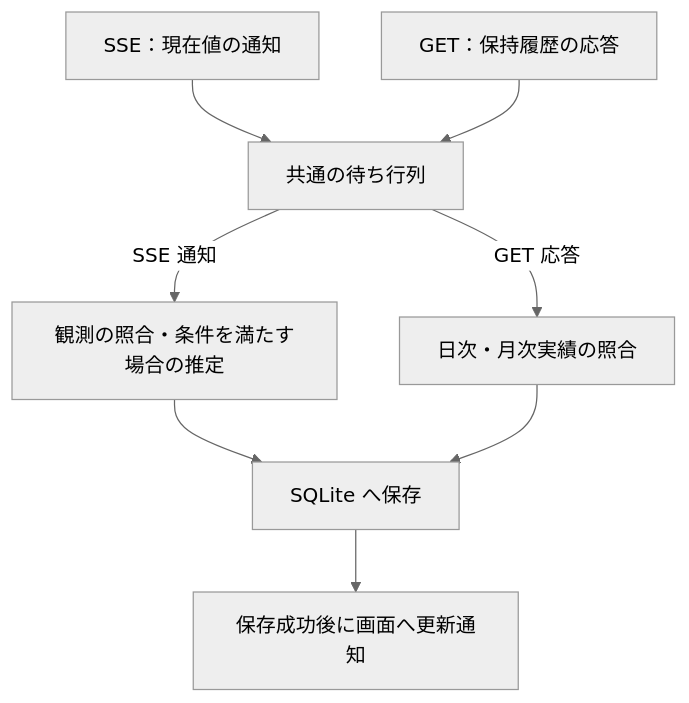
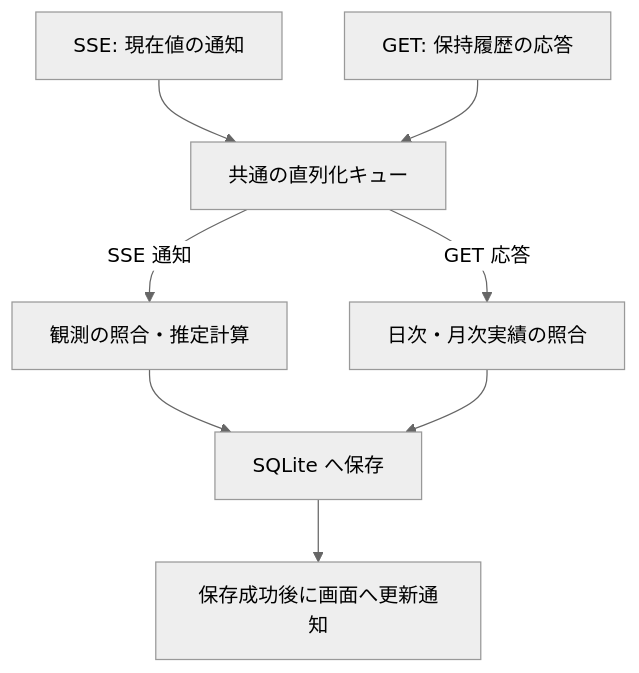
The diagram in docs/architecture.md (nuitsjp/token-monitor-analytics), drawn with Mermaid (neutral theme) before and after one commit. The commit also changed other lines of this file and 5 other files, not shown here.

````diff
--- a/docs/architecture.md
+++ b/docs/architecture.md
@@ -281,10 +241,10 @@
 ```mermaid
 flowchart TD
-    SSE["SSE：現在値の通知"] --> Queue["共通の待ち行列"]
-    GET["GET：保持履歴の応答"] --> Queue
-    Queue -->|SSE 通知| Observe["観測の照合・条件を満たす場合の推定"]
+    SSE["SSE: 現在値の通知"] --> Queue["共通の直列化キュー"]
+    GET["GET: 保持履歴の応答"] --> Queue
+    Queue -->|SSE 通知| Observe["観測の照合・推定計算"]
     Queue -->|GET 応答| History["日次・月次実績の照合"]
     Observe --> Save["SQLite へ保存"]
     History --> Save
     Save --> Notify["保存成功後に画面へ更新通知"]
 ```
````
